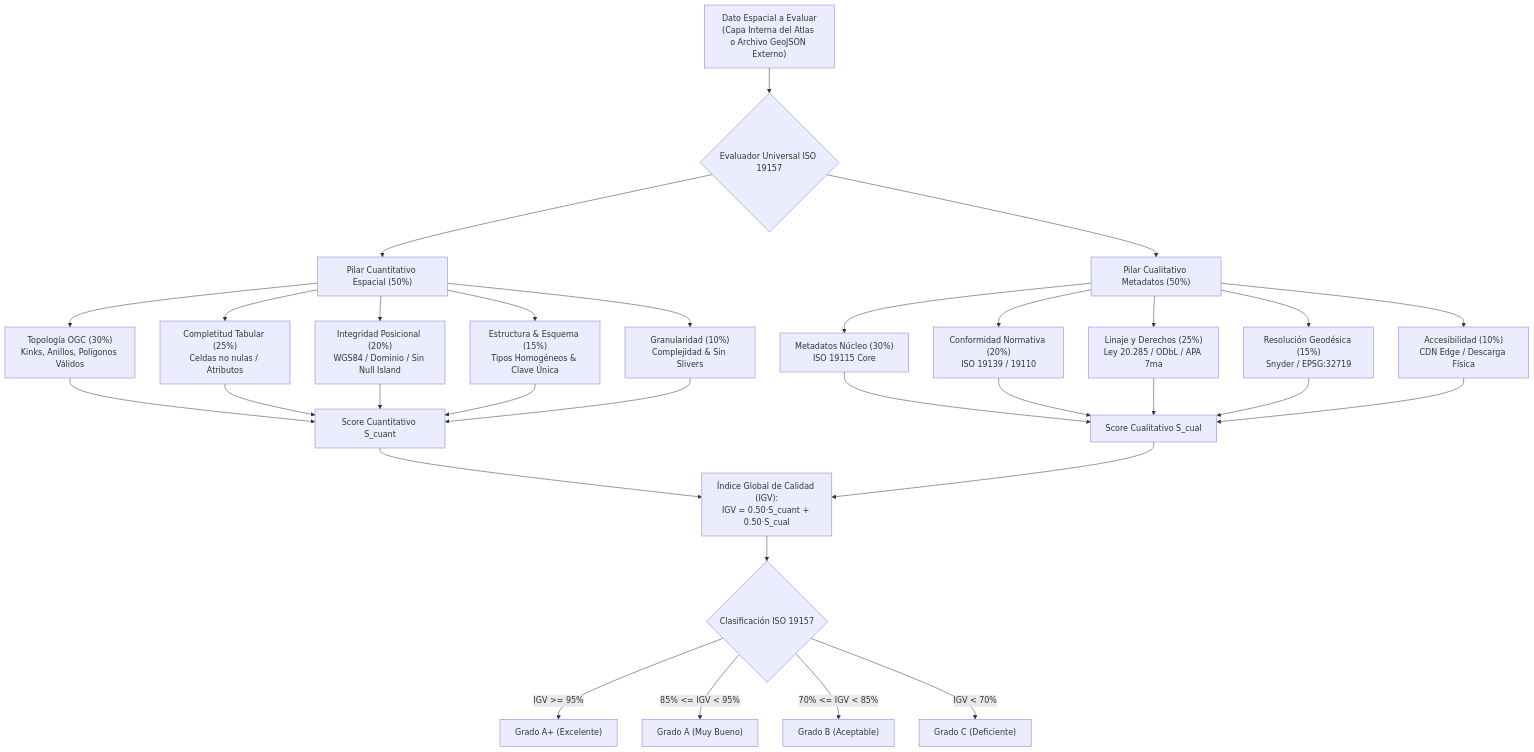
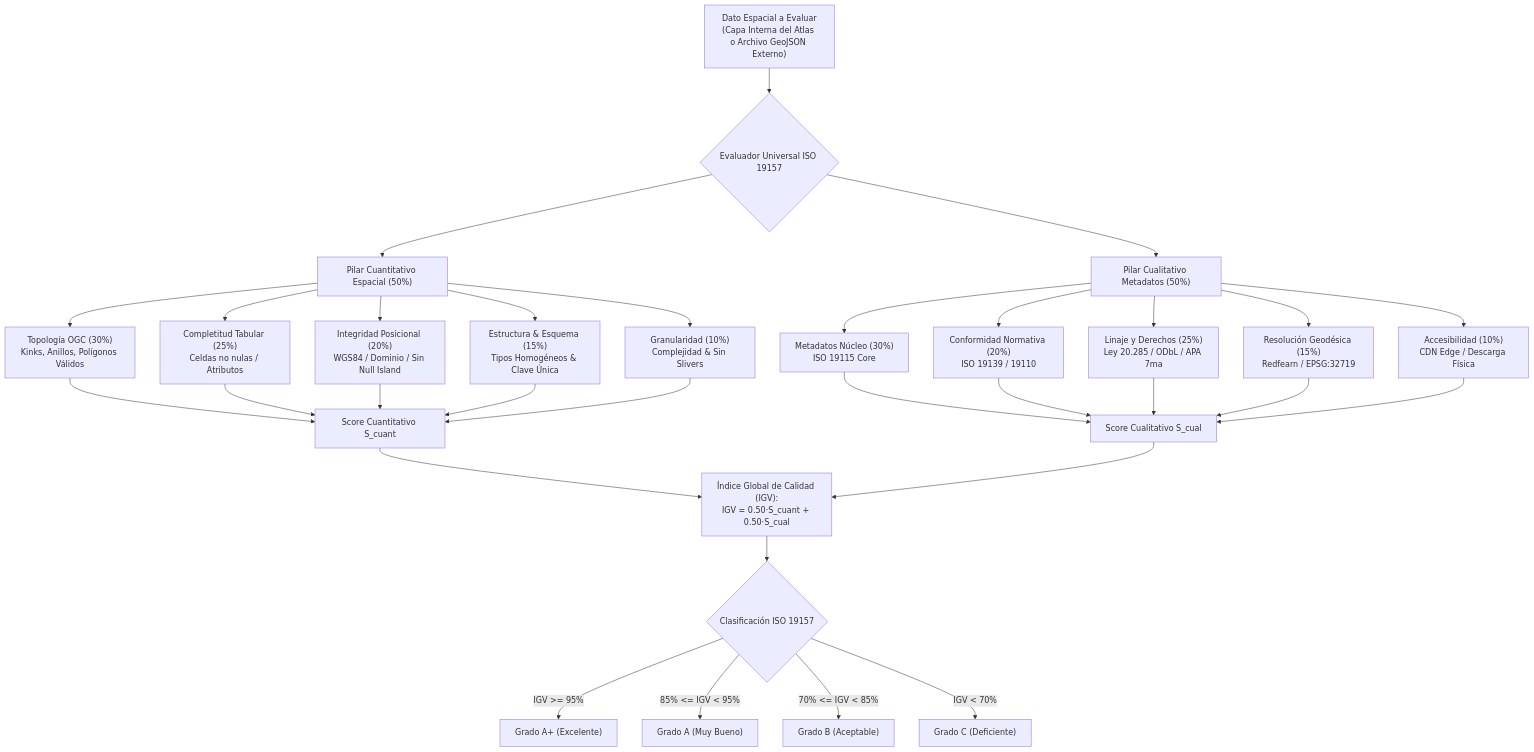
One commit to GEOJOTA/atlas_vgi_territorial changed the second of 5 diagrams in src/docs/ANALISIS_METACALIDAD.md. Above: the diagram before and after it, drawn with Mermaid. The commit also changed other lines of this file and 39 other files, not shown here.

Commit message:
docs(proyecto,web): actualizar todos los documentos del proyecto con diagramas pipeline, rutas verificables y coherencia total con la plataforma web

````diff
--- a/src/docs/ANALISIS_METACALIDAD.md
+++ b/src/docs/ANALISIS_METACALIDAD.md
@@ -108,24 +131,24 @@
 ```mermaid
 flowchart TD
     DATA["Dato Espacial a Evaluar<br/>(Capa Interna del Atlas o Archivo GeoJSON Externo)"] --> ARQ{"Evaluador Universal ISO 19157"}
     ARQ --> CUANT["Pilar Cuantitativo Espacial (50%)"]
     ARQ --> CUAL["Pilar Cualitativo Metadatos (50%)"]
     CUANT --> Q1["Topología OGC (30%)<br/>Kinks, Anillos, Polígonos Válidos"]
     CUANT --> Q2["Completitud Tabular (25%)<br/>Celdas no nulas / Atributos"]
     CUANT --> Q3["Integridad Posicional (20%)<br/>WGS84 / Dominio / Sin Null Island"]
     CUANT --> Q4["Estructura & Esquema (15%)<br/>Tipos Homogéneos & Clave Única"]
     CUANT --> Q5["Granularidad (10%)<br/>Complejidad & Sin Slivers"]
     CUAL --> C1["Metadatos Núcleo (30%)<br/>ISO 19115 Core"]
     CUAL --> C2["Conformidad Normativa (20%)<br/>ISO 19139 / 19110"]
     CUAL --> C3["Linaje y Derechos (25%)<br/>Ley 20.285 / ODbL / APA 7ma"]
-    CUAL --> C4["Resolución Geodésica (15%)<br/>Snyder / EPSG:32719"]
+    CUAL --> C4["Resolución Geodésica (15%)<br/>Redfearn / EPSG:32719"]
     CUAL --> C5["Accesibilidad (10%)<br/>CDN Edge / Descarga Física"]
     Q1 & Q2 & Q3 & Q4 & Q5 --> SC["Score Cuantitativo S_cuant"]
     C1 & C2 & C3 & C4 & C5 --> SL["Score Cualitativo S_cual"]
     SC & SL --> IGV["Índice Global de Calidad (IGV):<br/>IGV = 0.50·S_cuant + 0.50·S_cual"]
     IGV --> G{"Clasificación ISO 19157"}
-    G -->|IGV >= 95%| H1["Grado A+ (Excelente)"]
-    G -->|85% <= IGV < 95%| H2["Grado A (Muy Bueno)"]
-    G -->|70% <= IGV < 85%| H3["Grado B (Aceptable)"]
-    G -->|IGV < 70%| H4["Grado C (Deficiente)"]
+    G -->|"IGV >= 95%"| H1["Grado A+ (Excelente)"]
+    G -->|"85% <= IGV < 95%"| H2["Grado A (Muy Bueno)"]
+    G -->|"70% <= IGV < 85%"| H3["Grado B (Aceptable)"]
+    G -->|"IGV < 70%"| H4["Grado C (Deficiente)"]
 ```
````
